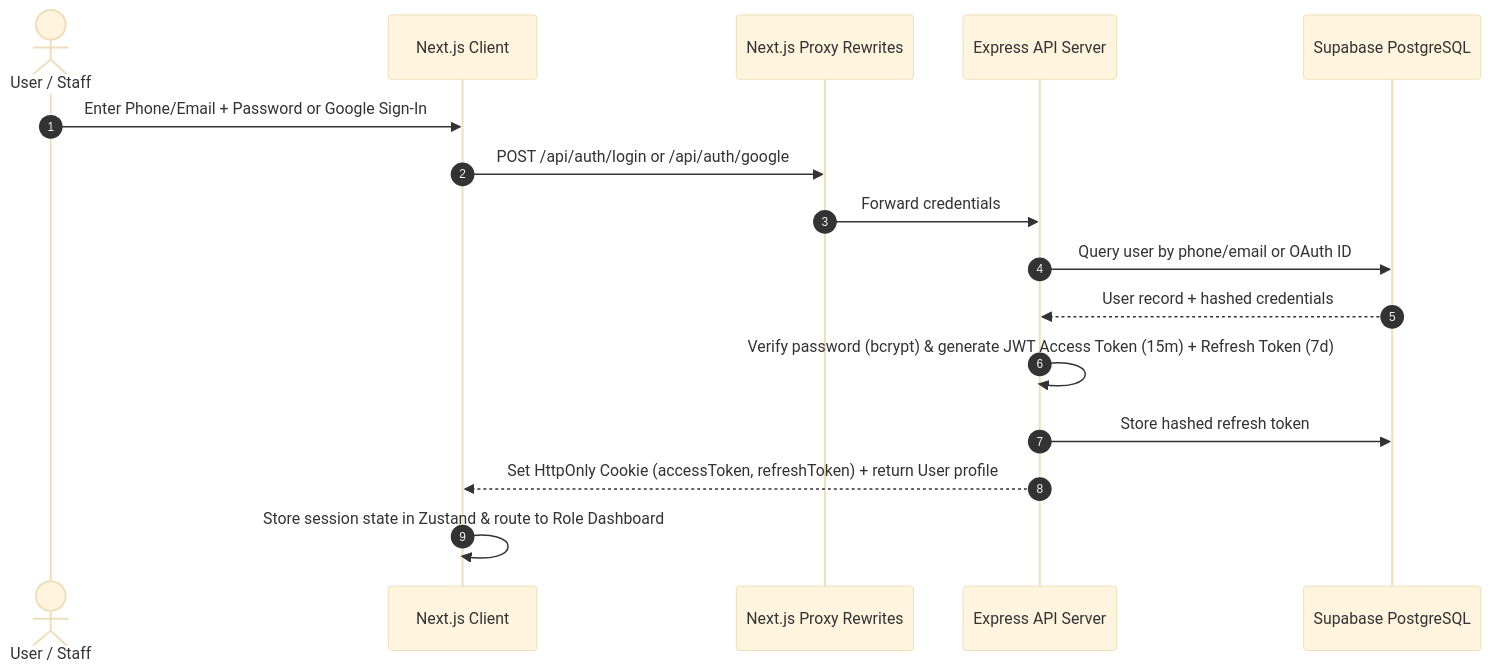
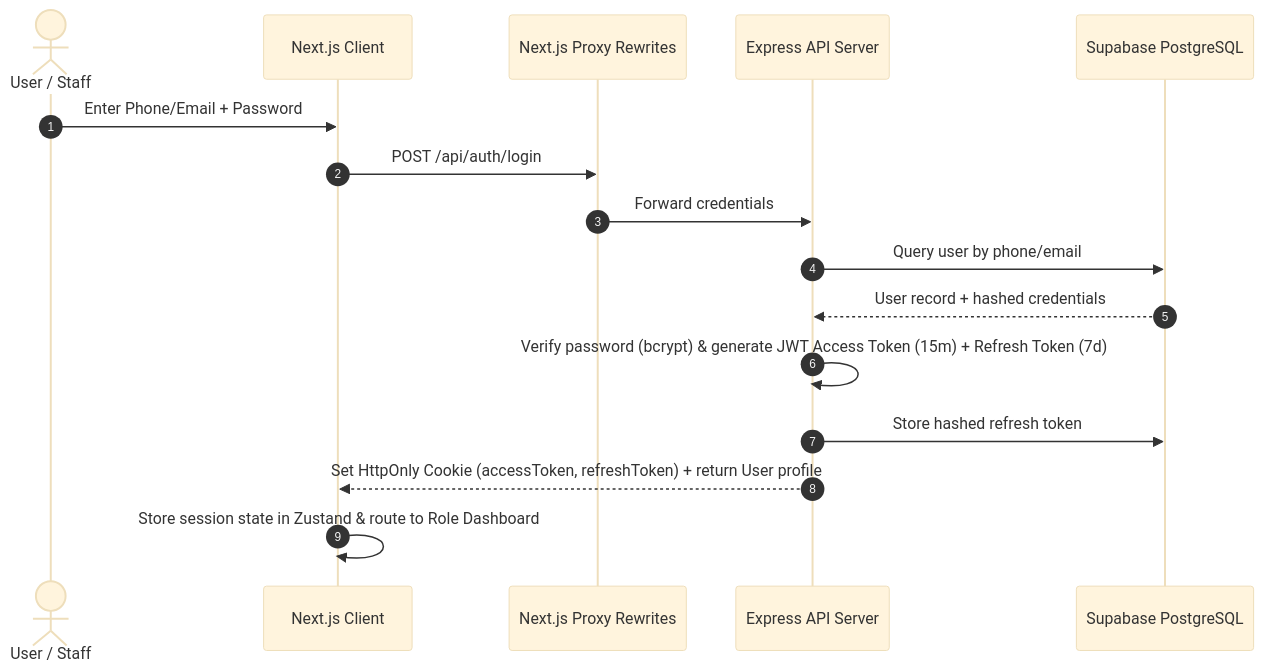
One commit to sumitdevjs/Go-Speedy-Ev-Finance changed the third of 4 diagrams in README.md. Above: the diagram before and after it, drawn with Mermaid (base theme). The commit also changed other lines of this file and 30 other files, not shown here.

````diff
--- a/README.md
+++ b/README.md
@@ -98,19 +98,19 @@
 ```mermaid
 sequenceDiagram
     autonumber
     actor User as User / Staff
     participant FE as Next.js Client
     participant Proxy as Next.js Proxy Rewrites
     participant API as Express API Server
     participant DB as Supabase PostgreSQL
 
-    User->>FE: Enter Phone/Email + Password or Google Sign-In
-    FE->>Proxy: POST /api/auth/login or /api/auth/google
+    User->>FE: Enter Phone/Email + Password
+    FE->>Proxy: POST /api/auth/login
     Proxy->>API: Forward credentials
-    API->>DB: Query user by phone/email or OAuth ID
+    API->>DB: Query user by phone/email
     DB-->>API: User record + hashed credentials
     API->>API: Verify password (bcrypt) & generate JWT Access Token (15m) + Refresh Token (7d)
     API->>DB: Store hashed refresh token
     API-->>FE: Set HttpOnly Cookie (accessToken, refreshToken) + return User profile
     FE->>FE: Store session state in Zustand & route to Role Dashboard
 ```
````
